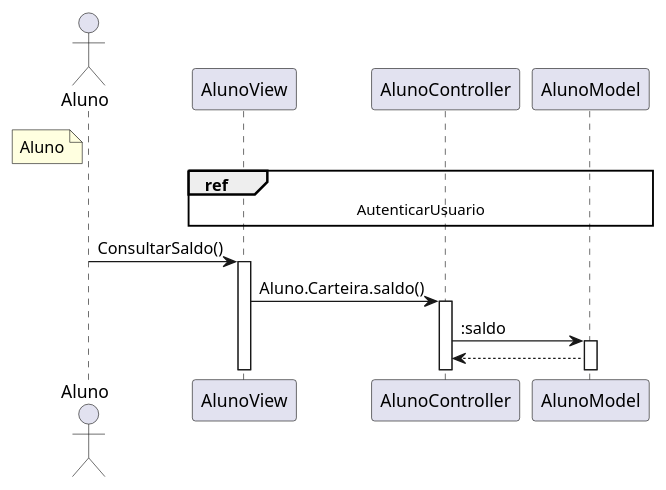
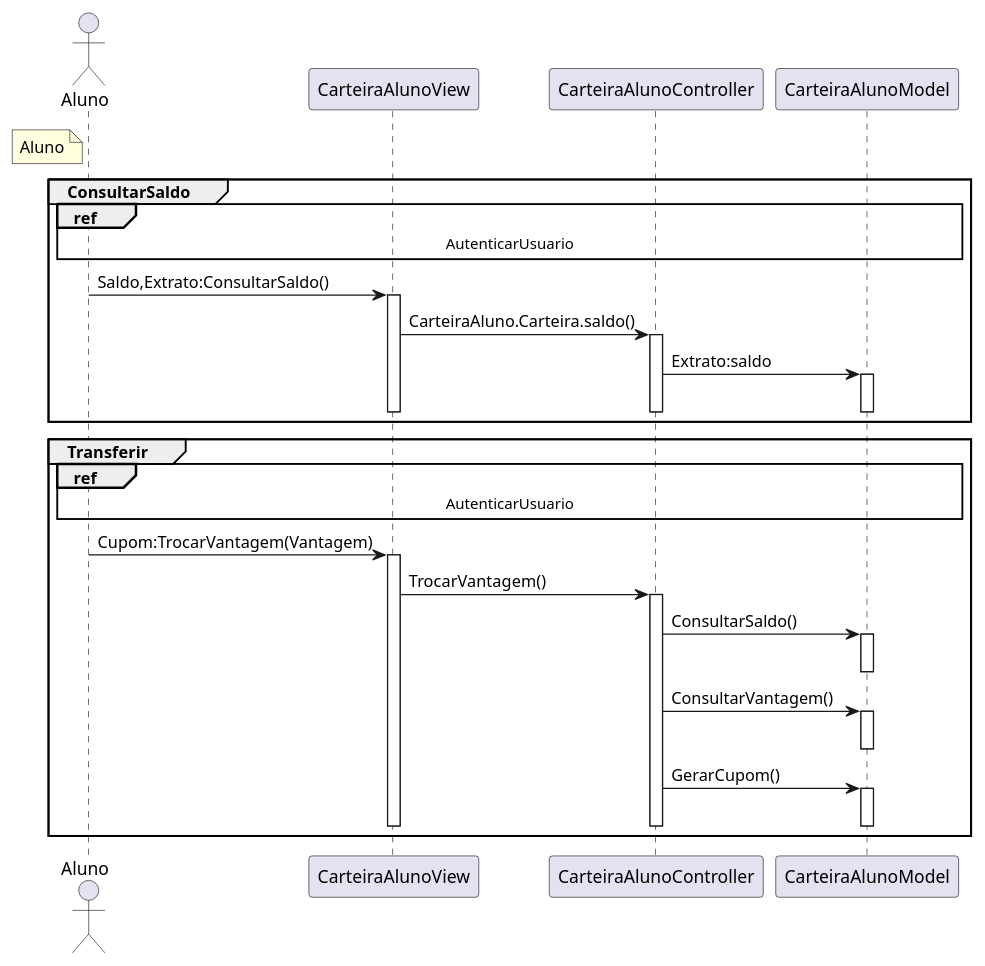
Before and after one commit to G4BR-13-L/lab-desenvolvimento-de-software: the diagram in laboratorio-3/sprint-3/projeto/plantuml/sequencia/Aluno.plantuml, drawn with PlantUML. The commit also changed 10 other files, not shown here.

Commit message:
Crud do diagrama de sequencia de aluno e empresa

```diff
--- a/laboratorio-3/sprint-3/projeto/plantuml/sequencia/Aluno.plantuml
+++ b/laboratorio-3/sprint-3/projeto/plantuml/sequencia/Aluno.plantuml
@@ -1,29 +1,54 @@
 @startuml Aluno
 
 
 actor "Aluno" as Aluno
 note left of Aluno #LightYellow
-Aluno
+    Aluno
 end note
 
-participant "AlunoView" as AlunoView
-participant "AlunoController" as AlunoController
-participant "AlunoModel" as AlunoModel
+participant "CarteiraAlunoView" as CarteiraAlunoView
+participant "CarteiraAlunoController" as CarteiraAlunoController
+participant "CarteiraAlunoModel" as CarteiraAlunoModel
 
-ref over AlunoView, AlunoController, AlunoModel : AutenticarUsuario
-Aluno -> AlunoView : ConsultarSaldo()
-activate AlunoView
-AlunoView ->  AlunoController : Aluno.Carteira.saldo()
-activate AlunoController
-AlunoController -> AlunoModel : :saldo
-activate AlunoModel
-AlunoModel --> AlunoController
+group ConsultarSaldo
+    ref over Aluno,CarteiraAlunoView, CarteiraAlunoController, CarteiraAlunoModel : AutenticarUsuario
+    Aluno -> CarteiraAlunoView : Saldo,Extrato:ConsultarSaldo()
+    activate CarteiraAlunoView
+    CarteiraAlunoView -> CarteiraAlunoController : CarteiraAluno.Carteira.saldo()
+    activate CarteiraAlunoController
+    CarteiraAlunoController -> CarteiraAlunoModel : Extrato:saldo
+    activate CarteiraAlunoModel
+    deactivate CarteiraAlunoModel
+    deactivate CarteiraAlunoController
+    deactivate CarteiraAlunoView
+end
+
+group Transferir
+    ref over Aluno,CarteiraAlunoView, CarteiraAlunoController, CarteiraAlunoModel : AutenticarUsuario
+    Aluno -> CarteiraAlunoView :  Cupom:TrocarVantagem(Vantagem)
+    activate CarteiraAlunoView
+    CarteiraAlunoView -> CarteiraAlunoController : TrocarVantagem()
+    activate CarteiraAlunoController
+    CarteiraAlunoController -> CarteiraAlunoModel : ConsultarSaldo()
+    activate CarteiraAlunoModel
+    deactivate CarteiraAlunoModel
+    CarteiraAlunoController -> CarteiraAlunoModel : ConsultarVantagem()
+    activate CarteiraAlunoModel
+    deactivate  CarteiraAlunoModel
+    CarteiraAlunoController -> CarteiraAlunoModel : GerarCupom()
+    activate CarteiraAlunoModel
+    deactivate CarteiraAlunoModel
+    deactivate CarteiraAlunoController
+    deactivate CarteiraAlunoView
+end
 
 
 
-' --> Sincrono 
+
+
+' --> Sincrono
 ' -->> Assincrono
 ' <-- Retorno Sincrono
 ' <<-- Retorno Assíncrono
 
 @enduml
```
